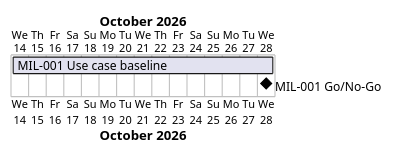
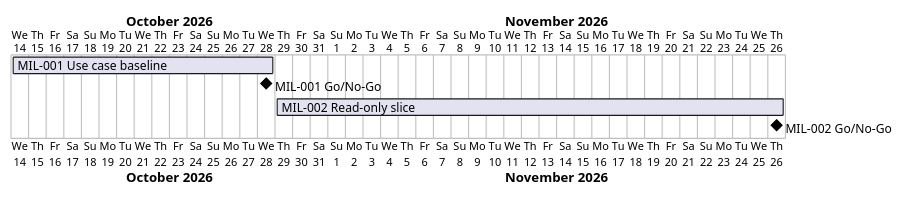
Before and after one commit to TirSystem/iac-node-forge: the diagram in docs/project-plan.md, drawn with PlantUML. The commit also changed other lines of this file and 2 other files, not shown here.

First line of the commit message:
Plan MIL-002: read-only slice, Proxmox VE with the Python CLI

````diff
--- a/docs/project-plan.md
+++ b/docs/project-plan.md
@@ -39,7 +43,9 @@
 ```plantuml
 @startgantt
 Project starts 2026-10-14
 [MIL-001 Use case baseline] starts 2026-10-14 and ends 2026-10-28
 [MIL-001 Go/No-Go] happens 2026-10-28
+[MIL-002 Read-only slice] starts 2026-10-29 and ends 2026-11-26
+[MIL-002 Go/No-Go] happens 2026-11-26
 @endgantt
 ```
````
